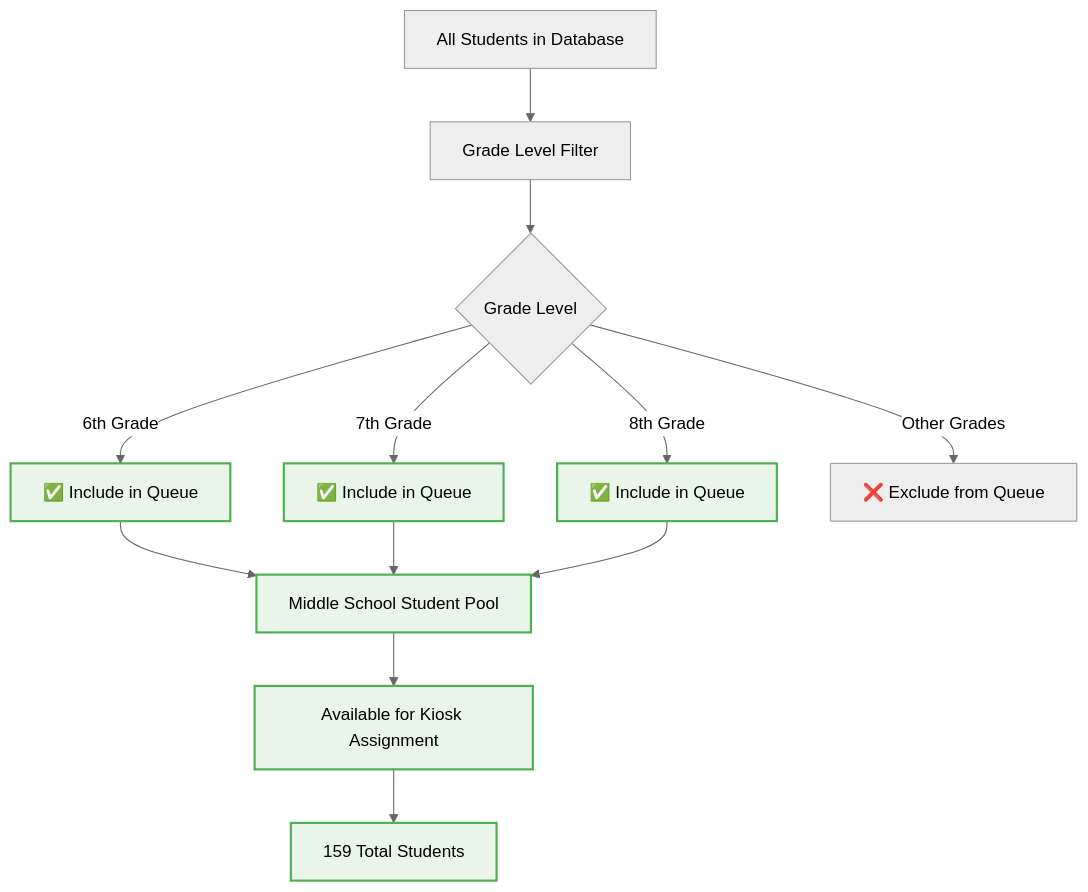
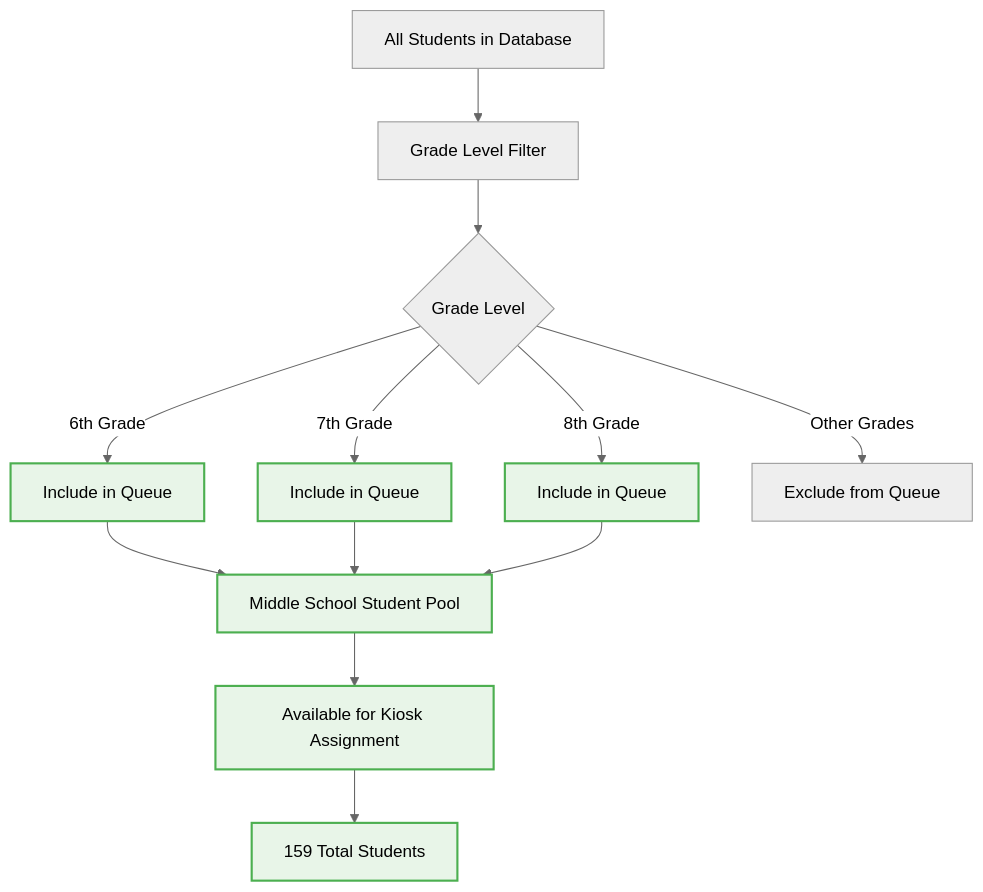
One commit to Splurfa/bx-os changed the fifth of 5 diagrams in Docs/Flowcharts/Sprint-02-Targets/06-simplified-kiosk-system.md. Above: the diagram before and after it, drawn with Mermaid (neutral theme). The commit also changed other lines of this file and 12 other files, not shown here.

First line of the commit message:
Fix flowchart syntax and numbering

````diff
--- a/Docs/Flowcharts/Sprint-02-Targets/06-simplified-kiosk-system.md
+++ b/Docs/Flowcharts/Sprint-02-Targets/06-simplified-kiosk-system.md
@@ -124,23 +124,23 @@
 ```mermaid
 flowchart TD
     A[All Students in Database] --> B[Grade Level Filter]
     B --> C{Grade Level}
-    C -->|6th Grade| D[✅ Include in Queue]
-    C -->|7th Grade| E[✅ Include in Queue]
-    C -->|8th Grade| F[✅ Include in Queue]
-    C -->|Other Grades| G[❌ Exclude from Queue]
+    C -->|6th Grade| D[Include in Queue]
+    C -->|7th Grade| E[Include in Queue]
+    C -->|8th Grade| F[Include in Queue]
+    C -->|Other Grades| G[Exclude from Queue]
     
     D --> H[Middle School Student Pool]
     E --> H
     F --> H
     
     H --> I[Available for Kiosk Assignment]
     I --> J[159 Total Students]
     
     style D fill:#e8f5e8,stroke:#4caf50,stroke-width:2px
     style E fill:#e8f5e8,stroke:#4caf50,stroke-width:2px
     style F fill:#e8f5e8,stroke:#4caf50,stroke-width:2px
     style H fill:#e8f5e8,stroke:#4caf50,stroke-width:2px
     style I fill:#e8f5e8,stroke:#4caf50,stroke-width:2px
     style J fill:#e8f5e8,stroke:#4caf50,stroke-width:2px
 ```
````
